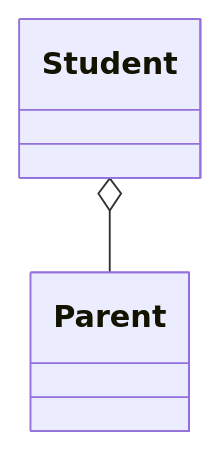
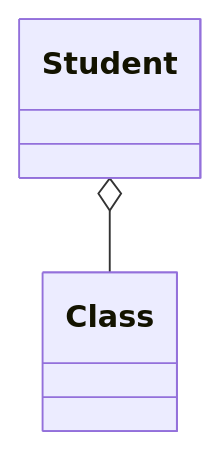
The third of 4 diagrams in OOP - UML.md (8bitdev256/howto), drawn with Mermaid before and after one commit.

Commit message:
FEAT: Update OOP - UML.md

````diff
--- a/OOP - UML.md
+++ b/OOP - UML.md
@@ -44,12 +44,12 @@
 ```mermaid
 classDiagram
     class Student {
 
     }
 
-    class Parent {
+    class Class {
 
     }
 
-    Student o-- Parent
+    Student o-- Class
 ```
````
